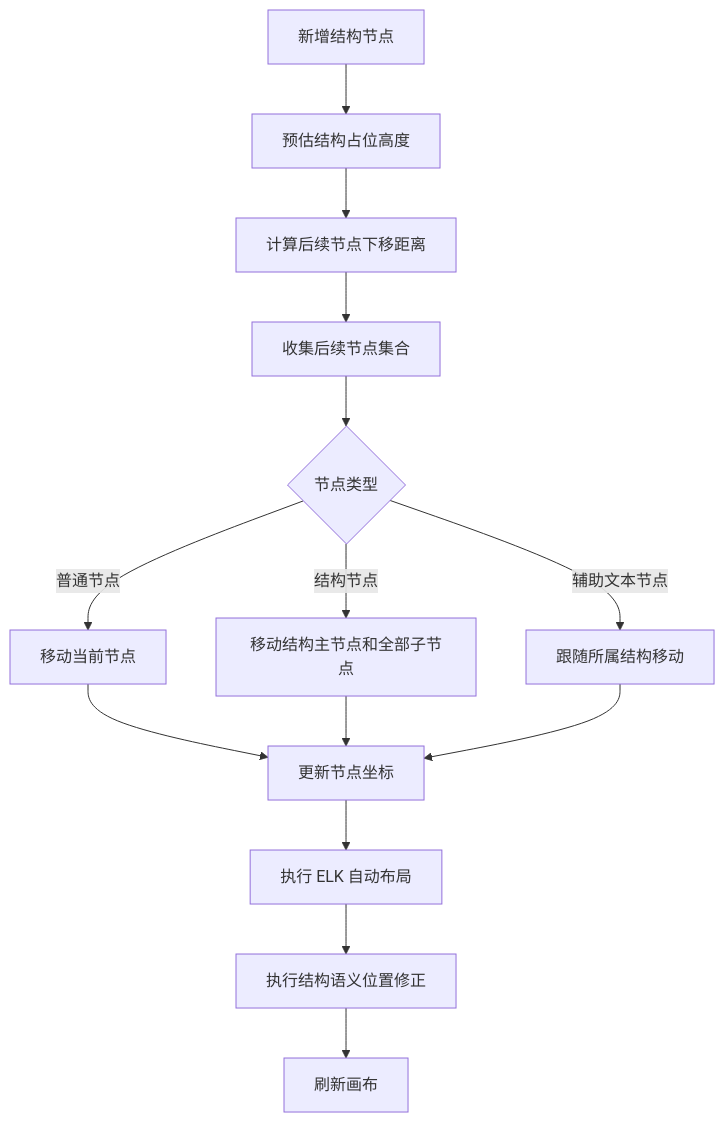
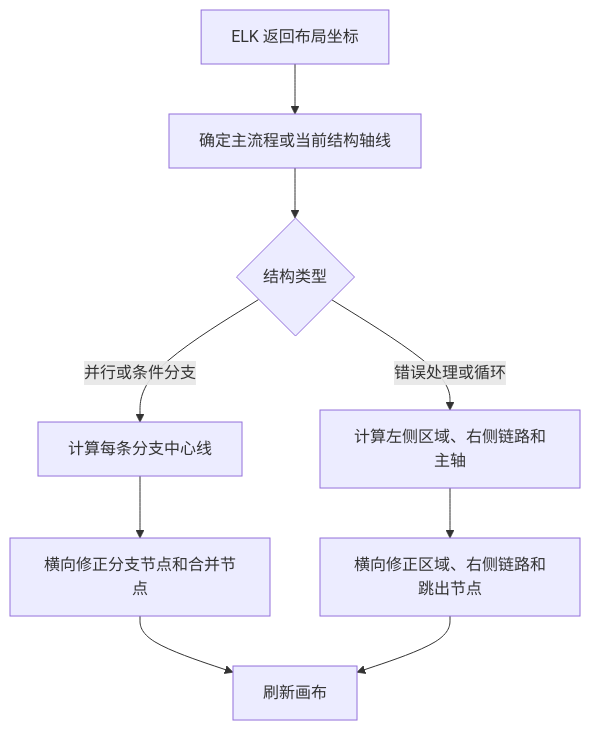
Diagram 21 of 32 in front/doc/2026年6月文档/连接流配置需求设计说明书.md (THZSummer/open-app), drawn with Mermaid before and after one commit. The commit also changed other lines of this file and 6 other files, not shown here.

````diff
--- a/front/doc/2026年6月文档/连接流配置需求设计说明书.md
+++ b/front/doc/2026年6月文档/连接流配置需求设计说明书.md
@@ -563,16 +630,11 @@
 ```mermaid
 flowchart TD
-  NewStructure[新增结构节点] --> EstimateSize[预估结构占位高度]
-  EstimateSize --> CalcDelta[计算后续节点下移距离]
-  CalcDelta --> CollectNext[收集后续节点集合]
-  CollectNext --> MoveType{节点类型}
-  MoveType -->|普通节点| MoveNode[移动当前节点]
-  MoveType -->|结构节点| MoveGroup[移动结构主节点和全部子节点]
-  MoveType -->|辅助文本节点| MoveWithParent[跟随所属结构移动]
-  MoveNode --> SyncPosition[更新节点坐标]
-  MoveGroup --> SyncPosition
-  MoveWithParent --> SyncPosition
-  SyncPosition --> ElkLayout[执行 ELK 自动布局]
-  ElkLayout --> SemanticFix[执行结构语义位置修正]
-  SemanticFix --> Render[刷新画布]
+  Layouted[ELK 返回布局坐标] --> FindAxis[确定主流程或当前结构轴线]
+  FindAxis --> StructureType{结构类型}
+  StructureType -->|并行或条件分支| ParallelAxis[计算每条分支中心线]
+  StructureType -->|错误处理或循环| LoopAxis[计算左侧区域、右侧链路和主轴]
+  ParallelAxis --> AlignParallel[横向修正分支节点和合并节点]
+  LoopAxis --> AlignLoop[横向修正区域、右侧链路和跳出节点]
+  AlignParallel --> Render[刷新画布]
+  AlignLoop --> Render
 ```
````
